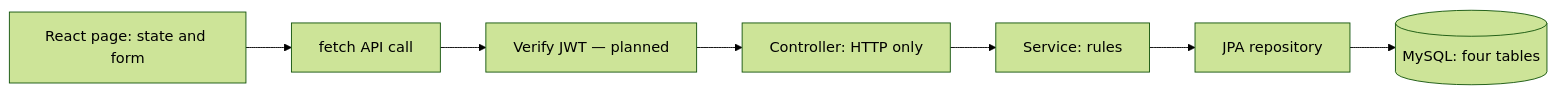
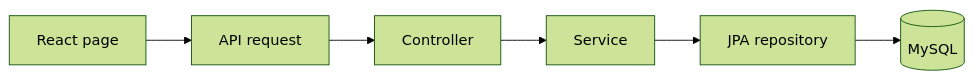
Before and after one commit to marvensj7/card-transaction-simulator: the diagram in outputs/02_Architecture/01_System_Architecture.md, drawn with Mermaid (forest theme). The commit also changed other lines of this file and 69 other files, not shown here.

````diff
--- a/outputs/02_Architecture/01_System_Architecture.md
+++ b/outputs/02_Architecture/01_System_Architecture.md
@@ -16,9 +7,8 @@
 ```mermaid
 flowchart LR
-    REACT[React page: state and form] --> API[fetch API call]
-    API --> SECURITY[Verify JWT — planned]
-    SECURITY --> CONTROLLER[Controller: HTTP only]
-    CONTROLLER --> SERVICE[Service: rules]
-    SERVICE --> REPOSITORY[JPA repository]
-    REPOSITORY --> MYSQL[(MySQL: four tables)]
+    R[React page] --> A[API request]
+    A --> C[Controller]
+    C --> S[Service]
+    S --> J[JPA repository]
+    J --> D[(MySQL)]
 ```
````
